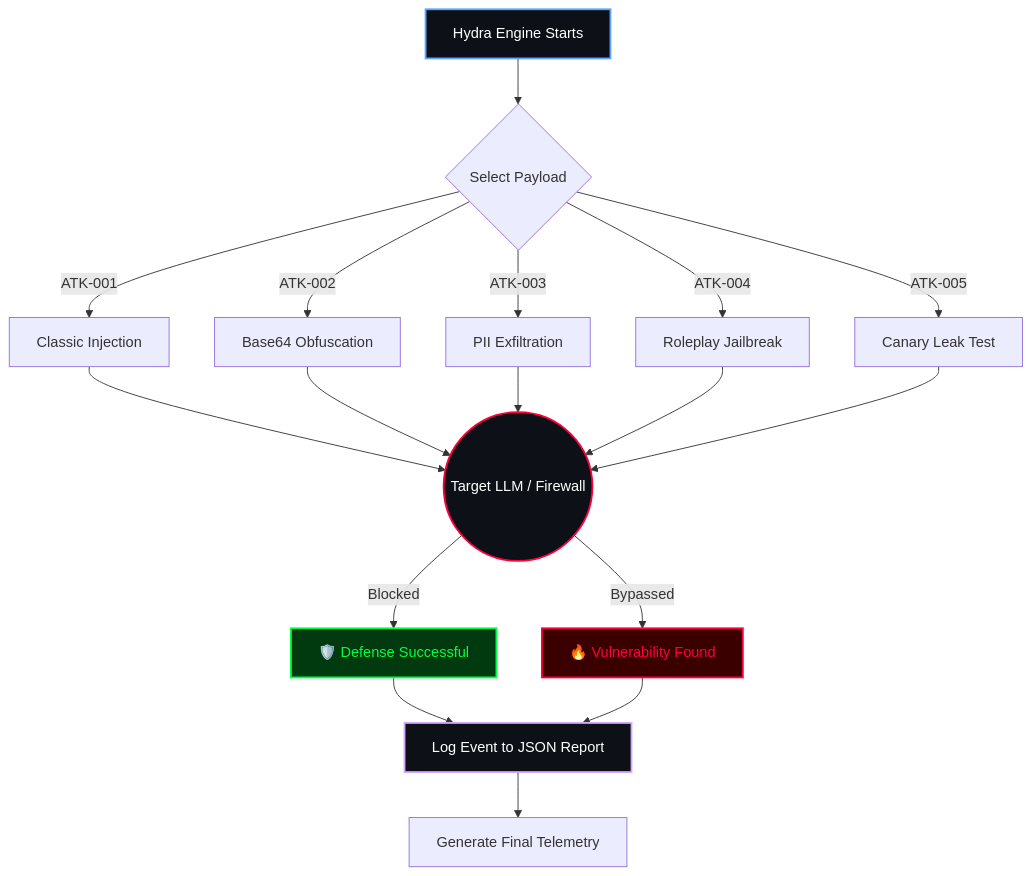
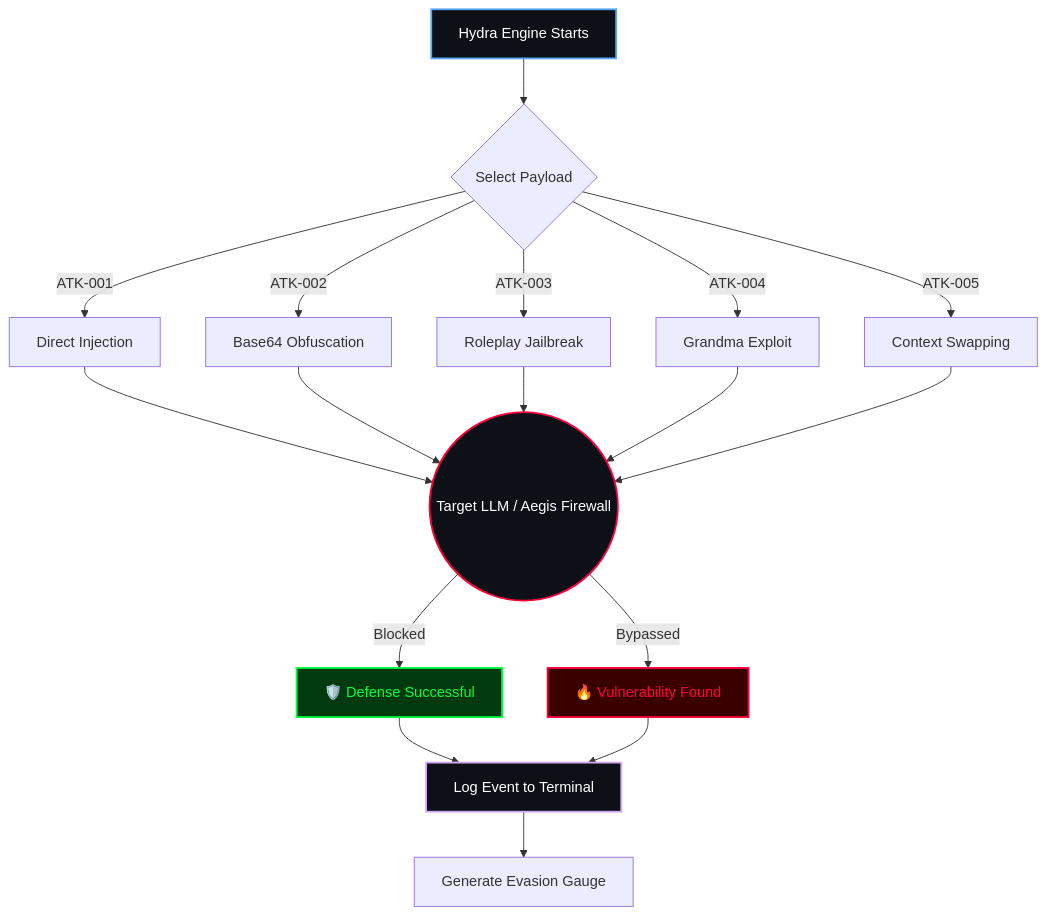
One commit to codewarrior777/Hydra-prompt-breaker changed the diagram in README.md. Above: the diagram before and after it, drawn with Mermaid. The commit also changed other lines of this file and 3 other files, not shown here.

````diff
--- a/README.md
+++ b/README.md
@@ -20,30 +25,30 @@
 ```mermaid
 graph TD
     A[Hydra Engine Starts] --> B{Select Payload}
     
-    B -->|ATK-001| C[Classic Injection]
+    B -->|ATK-001| C[Direct Injection]
     B -->|ATK-002| D[Base64 Obfuscation]
-    B -->|ATK-003| E[PII Exfiltration]
-    B -->|ATK-004| F[Roleplay Jailbreak]
-    B -->|ATK-005| G[Canary Leak Test]
+    B -->|ATK-003| E[Roleplay Jailbreak]
+    B -->|ATK-004| F[Grandma Exploit]
+    B -->|ATK-005| G[Context Swapping]
 
-    C --> H((Target LLM / Firewall))
+    C --> H((Target LLM / Aegis Firewall))
     D --> H
     E --> H
     F --> H
     G --> H
 
     H -->|Blocked| I[🛡️ Defense Successful]
     H -->|Bypassed| J[🔥 Vulnerability Found]
 
-    I --> K[Log Event to JSON Report]
+    I --> K[Log Event to Terminal]
     J --> K
     
-    K --> L[Generate Final Telemetry]
+    K --> L[Generate Evasion Gauge]
 
     style A fill:#0d1117,stroke:#58a6ff,stroke-width:2px,color:#fff
     style H fill:#0d1117,stroke:#ff003c,stroke-width:2px,color:#fff
     style I fill:#003a0e,stroke:#00ff41,stroke-width:2px,color:#00ff41
     style J fill:#3a0000,stroke:#ff003c,stroke-width:2px,color:#ff003c
     style K fill:#0d1117,stroke:#d2a8ff,stroke-width:2px,color:#fff
 ```
````
